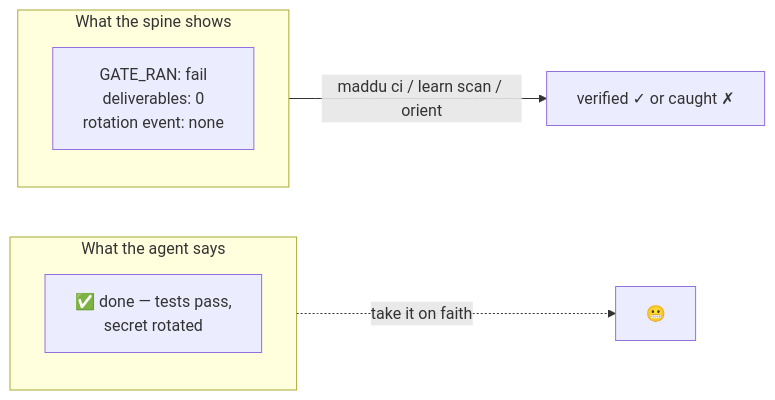
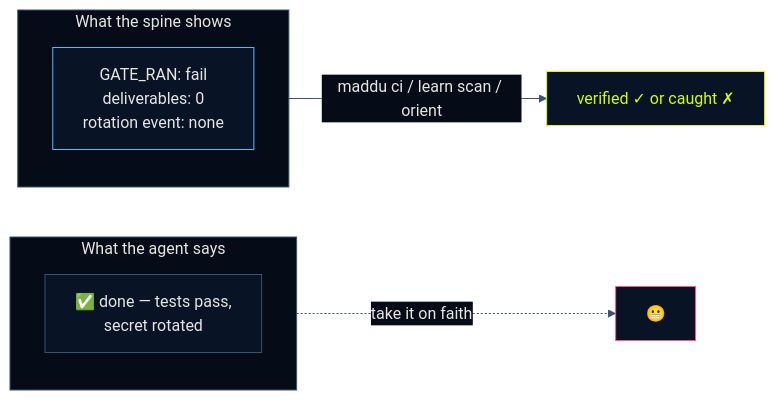
One commit to frdyx/maddu changed the first of 6 diagrams in README.md. Above: the diagram before and after it, drawn with Mermaid. The commit also changed other lines of this file, not shown here.

First line of the commit message:
docs(readme): navy-noir brand tokens on the use-case diagrams

````diff
--- a/README.md
+++ b/README.md
@@ -153,11 +153,18 @@
 ```mermaid
+%%{init: {"theme":"base","themeVariables":{"fontFamily":"IBM Plex Sans, Segoe UI, sans-serif","mainBkg":"#081426","nodeBorder":"#3A5470","lineColor":"#3A5470","textColor":"#E8E6E3","primaryTextColor":"#E8E6E3","edgeLabelBackground":"#050B17","clusterBkg":"#050B17","clusterBorder":"#3A5470","titleColor":"#E8E6E3"}}}%%
 flowchart LR
     subgraph CLAIM["What the agent says"]
         A["✅ done — tests pass,<br/>secret rotated"]
     end
     subgraph RECORD["What the spine shows"]
         B["GATE_RAN: fail<br/>deliverables: 0<br/>rotation event: none"]
     end
     CLAIM -.->|"take it on faith"| X["😬"]
     RECORD -->|"maddu ci / learn scan / orient"| V["verified ✓ or caught ✗"]
+    classDef spine fill:#081426,stroke:#56B8FF,color:#E8E6E3
+    classDef good fill:#081426,stroke:#D0FF00,color:#D0FF00
+    classDef bad fill:#081426,stroke:#FF5E7A,color:#FF5E7A
+    class B spine
+    class V good
+    class X bad
 ```
````
